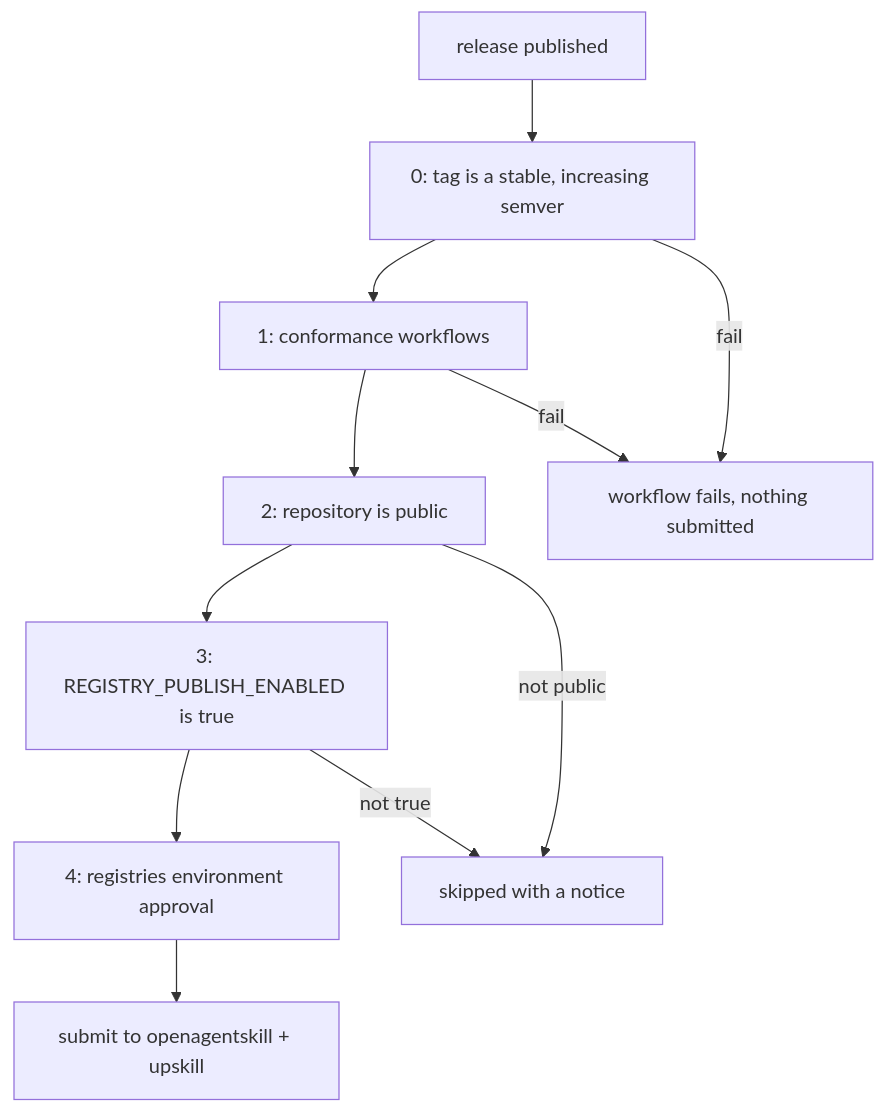
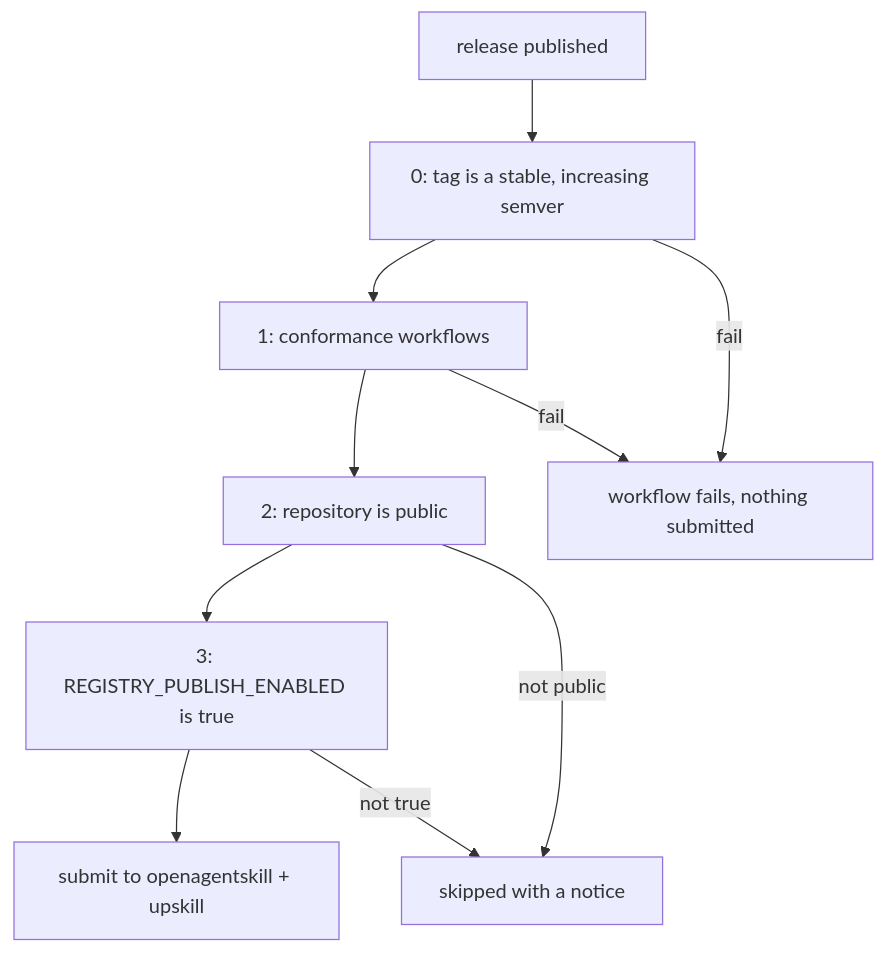
The diagram in docs/PUBLISHING.md (aerospike/agent-skills), drawn with Mermaid before and after one commit. The commit also changed other lines of this file and 2 other files, not shown here.

First line of the commit message:
ci: publish to registries without a reviewer approval step

````diff
--- a/docs/PUBLISHING.md
+++ b/docs/PUBLISHING.md
@@ -39,13 +39,12 @@
 ```mermaid
 flowchart TD
     Rel[release published] --> Ver[0: tag is a stable, increasing semver]
     Ver --> Conf[1: conformance workflows]
     Conf --> Vis[2: repository is public]
     Vis --> Flag[3: REGISTRY_PUBLISH_ENABLED is true]
-    Flag --> Env[4: registries environment approval]
-    Env --> Submit[submit to openagentskill + upskill]
+    Flag --> Submit[submit to openagentskill + upskill]
     Ver -->|fail| Fail[workflow fails, nothing submitted]
     Conf -->|fail| Fail
     Vis -->|not public| Skip[skipped with a notice]
     Flag -->|not true| Skip
 ```
````
